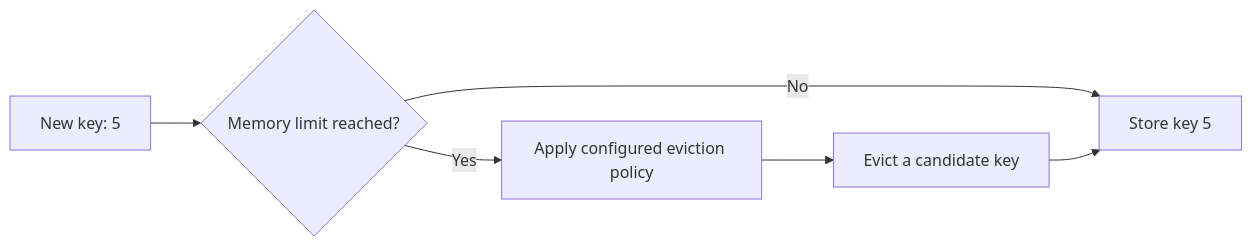
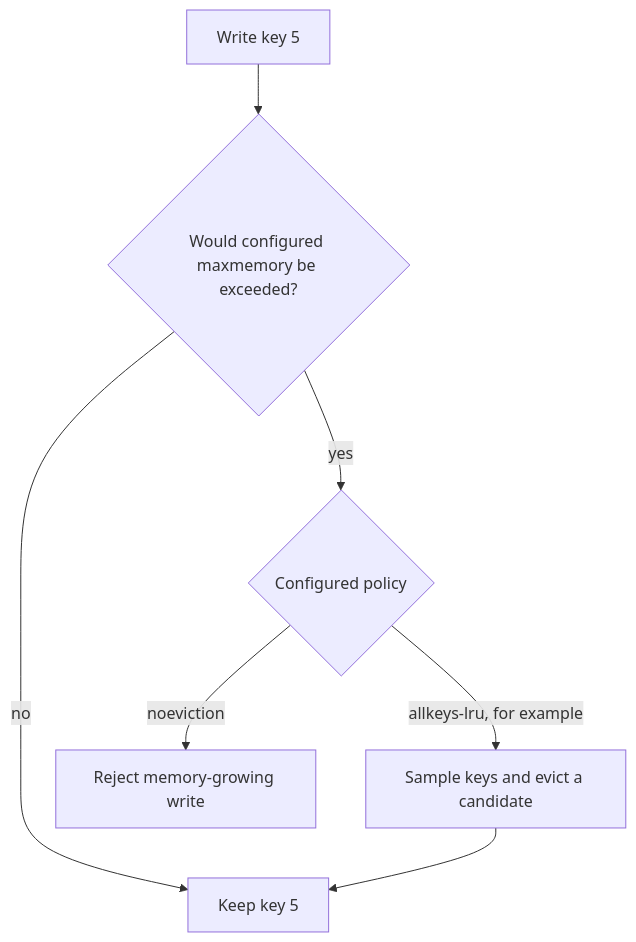
One commit to vanshbaranwal/backend-projects changed the fourth of 7 diagrams in redis/README.md. Above: the diagram before and after it, drawn with Mermaid. The commit also changed other lines of this file and 1 other file, not shown here.

Commit message:
docs(redis): clarify notes with analogies and accurate flows

````diff
--- a/redis/README.md
+++ b/redis/README.md
@@ -212,8 +239,9 @@
 ```mermaid
-flowchart LR
-    NEW[New key: 5] --> FULL{Memory limit reached?}
-    FULL -->|No| ADD[Store key 5]
-    FULL -->|Yes| POLICY[Apply configured eviction policy]
-    POLICY --> EVICT[Evict a candidate key]
-    EVICT --> ADD
+flowchart TD
+    W[Write key 5] --> LIMIT{Would configured maxmemory be exceeded?}
+    LIMIT -->|no| SAVE[Keep key 5]
+    LIMIT -->|yes| POLICY{Configured policy}
+    POLICY -->|allkeys-lru, for example| EVICT[Sample keys and evict a candidate]
+    EVICT --> SAVE
+    POLICY -->|noeviction| ERROR[Reject memory-growing write]
 ```
````
